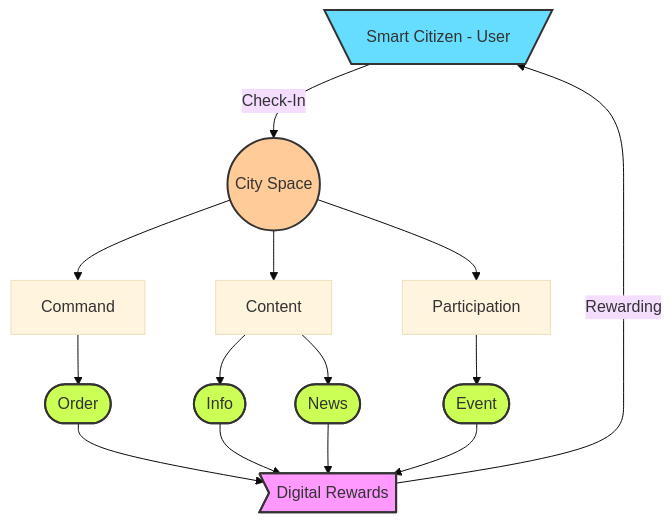
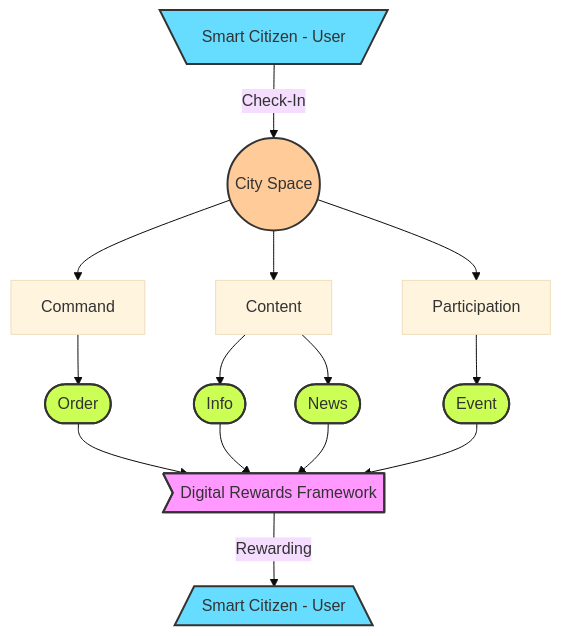
One commit to cityos-work/cityos-dev changed the second of 2 diagrams in pages/roadmap.md. Above: the diagram before and after it, drawn with Mermaid (base theme).

````diff
--- a/pages/roadmap.md
+++ b/pages/roadmap.md
@@ -80,23 +80,24 @@
 ```mermaid
 graph TB;
     USER[\Smart Citizen - User/]-- Check-In -->SPACE((City Space));
     SPACE-->COMMAND[Command];
     SPACE-->CONTENT[Content];
     SPACE-->PARTICIPATION[Participation];
     COMMAND-->ORDER([Order]);
     CONTENT-->INFO([Info]);
     CONTENT-->NEWS([News]);
     PARTICIPATION-->EVENT([Event]);
-    ORDER-->REWARD>Digital Rewards];
+    ORDER-->REWARD>Digital Rewards Framework];
     INFO-->REWARD;
     NEWS-->REWARD;
     EVENT-->REWARD;
-    REWARD-- Rewarding -->USER;
+    REWARD-- Rewarding -->REWARDEDUSER[/Smart Citizen - User\];
     style USER fill:#6df,stroke:#333,stroke-width:2px
+    style REWARDEDUSER fill:#6df,stroke:#333,stroke-width:2px
     style SPACE fill:#fc9,stroke:#333,stroke-width:2px
     style ORDER fill:#CF5, stroke:#333,stroke-width:2px
     style INFO fill:#CF5, stroke:#333,stroke-width:2px
     style NEWS fill:#CF5, stroke:#333,stroke-width:2px
     style EVENT fill:#CF5, stroke:#333,stroke-width:2px
     style REWARD fill:#f9f,stroke:#333,stroke-width:2px   
 ```
````
